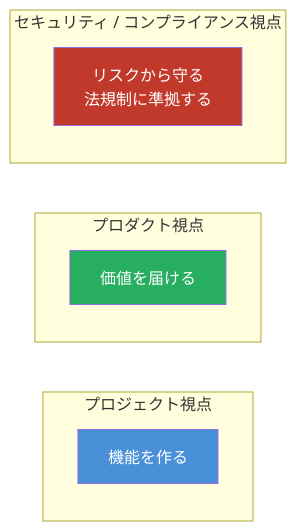
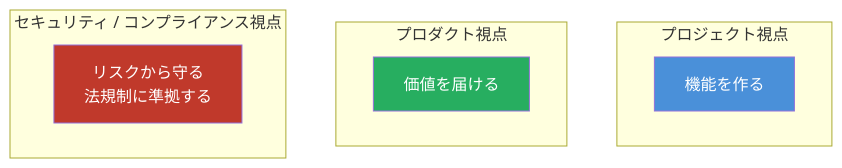
The first of 8 diagrams in security-compliance-map.md (shuji-bonji/Management-of-software-systems-and-services), drawn with Mermaid before and after one commit. The commit also changed other lines of this file and 9 other files, not shown here.

Commit message:
fix: Mermaid図の改善

````diff
--- a/security-compliance-map.md
+++ b/security-compliance-map.md
@@ -9,16 +8,16 @@
 ```mermaid
-graph LR
+graph TB
     subgraph PJ["プロジェクト視点"]
         PJ1["機能を作る"]
     end
     subgraph PD["プロダクト視点"]
         PD1["価値を届ける"]
     end
     subgraph SEC["セキュリティ / コンプライアンス視点"]
-        SEC1["リスクから守る\n法規制に準拠する"]
+        SEC1["リスクから守る<br>法規制に準拠する"]
     end
 
     style PJ1 fill:#4A90D9,color:#fff
     style PD1 fill:#27AE60,color:#fff
     style SEC1 fill:#C0392B,color:#fff
 ```
````
